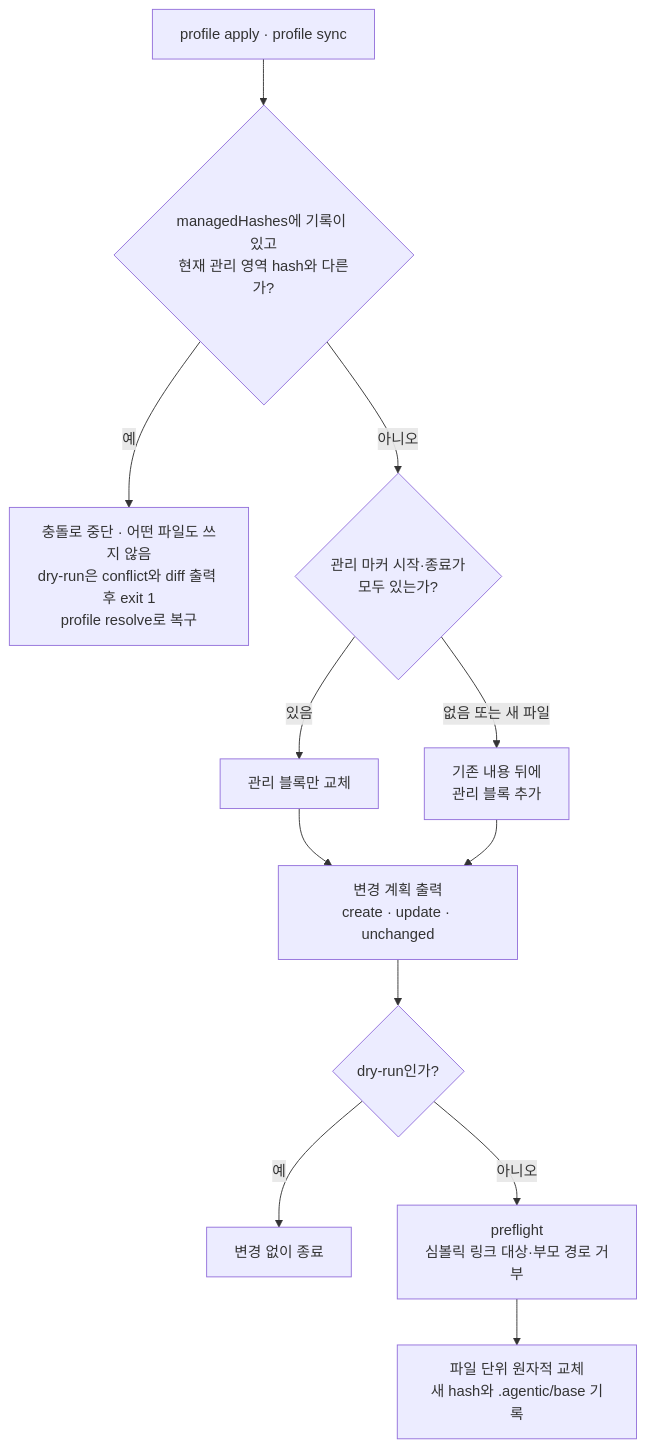
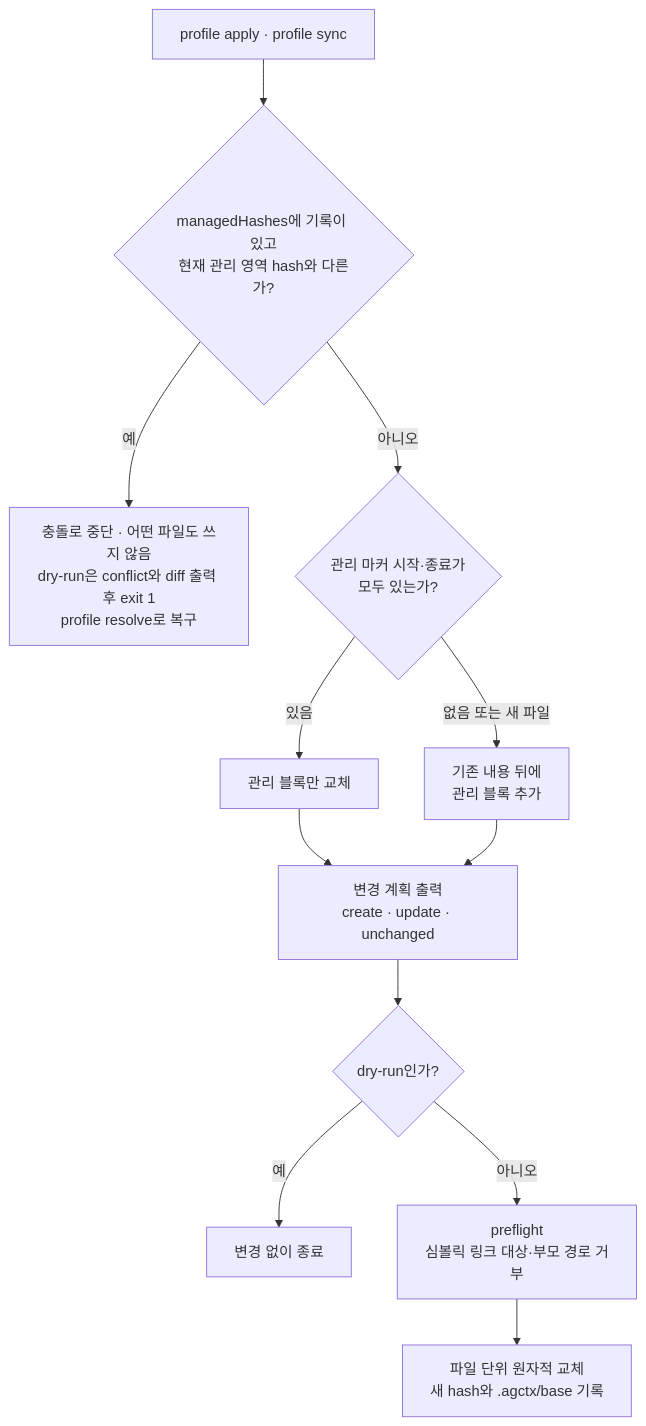
The first of 4 diagrams in docs/discussion/architecture/topics/managed-artifact-safety.md (IsthisLee/agent-context-manager), drawn with Mermaid before and after one commit. The commit also changed other lines of this file and 73 other files, not shown here.

````diff
--- a/docs/discussion/architecture/topics/managed-artifact-safety.md
+++ b/docs/discussion/architecture/topics/managed-artifact-safety.md
@@ -57,14 +57,14 @@
 ```mermaid
 flowchart TD
   START["profile apply · profile sync"] --> HASH{"managedHashes에 기록이 있고<br/>현재 관리 영역 hash와 다른가?"}
   HASH -->|예| STOP["충돌로 중단 · 어떤 파일도 쓰지 않음<br/>dry-run은 conflict와 diff 출력 후 exit 1<br/>profile resolve로 복구"]
   HASH -->|아니오| MARK{"관리 마커 시작·종료가<br/>모두 있는가?"}
   MARK -->|있음| REPLACE["관리 블록만 교체"]
   MARK -->|없음 또는 새 파일| APPEND["기존 내용 뒤에<br/>관리 블록 추가"]
   REPLACE --> PLAN["변경 계획 출력<br/>create · update · unchanged"]
   APPEND --> PLAN
   PLAN --> DRY{"dry-run인가?"}
   DRY -->|예| NOCHANGE["변경 없이 종료"]
   DRY -->|아니오| PRE["preflight<br/>심볼릭 링크 대상·부모 경로 거부"]
-  PRE --> WRITE["파일 단위 원자적 교체<br/>새 hash와 .agentic/base 기록"]
+  PRE --> WRITE["파일 단위 원자적 교체<br/>새 hash와 .agctx/base 기록"]
 ```
````
